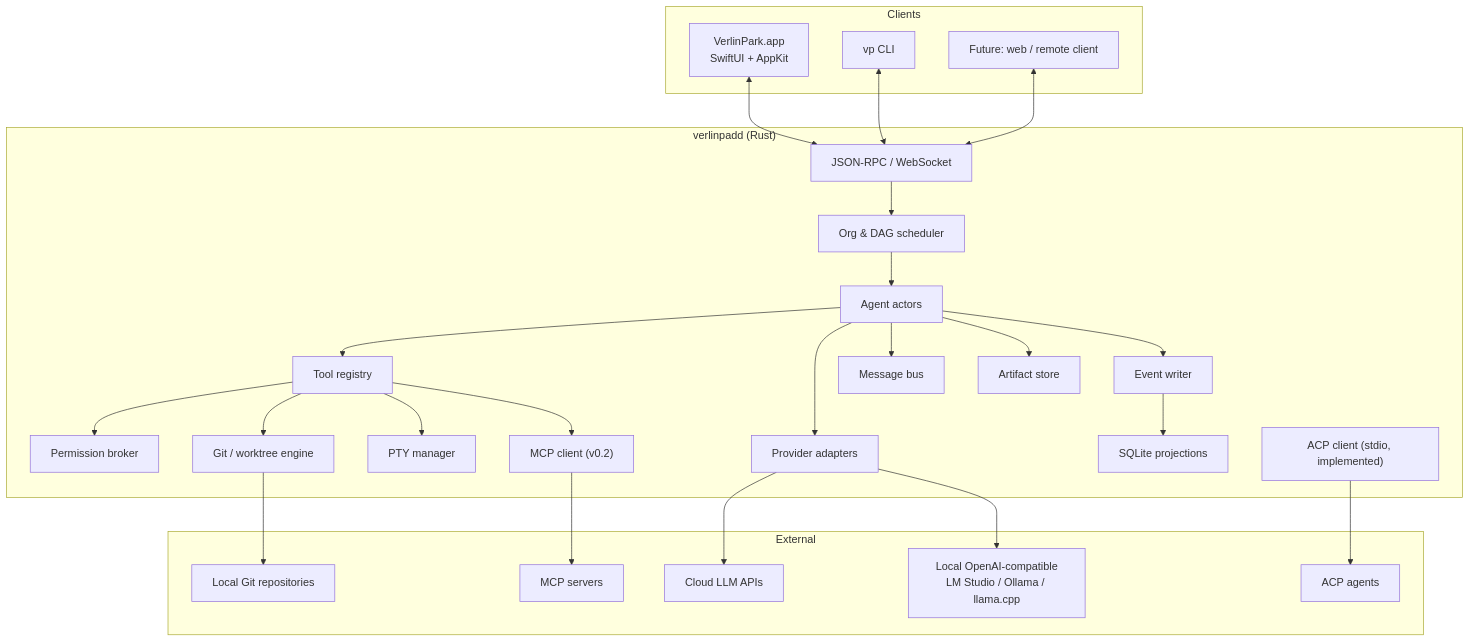
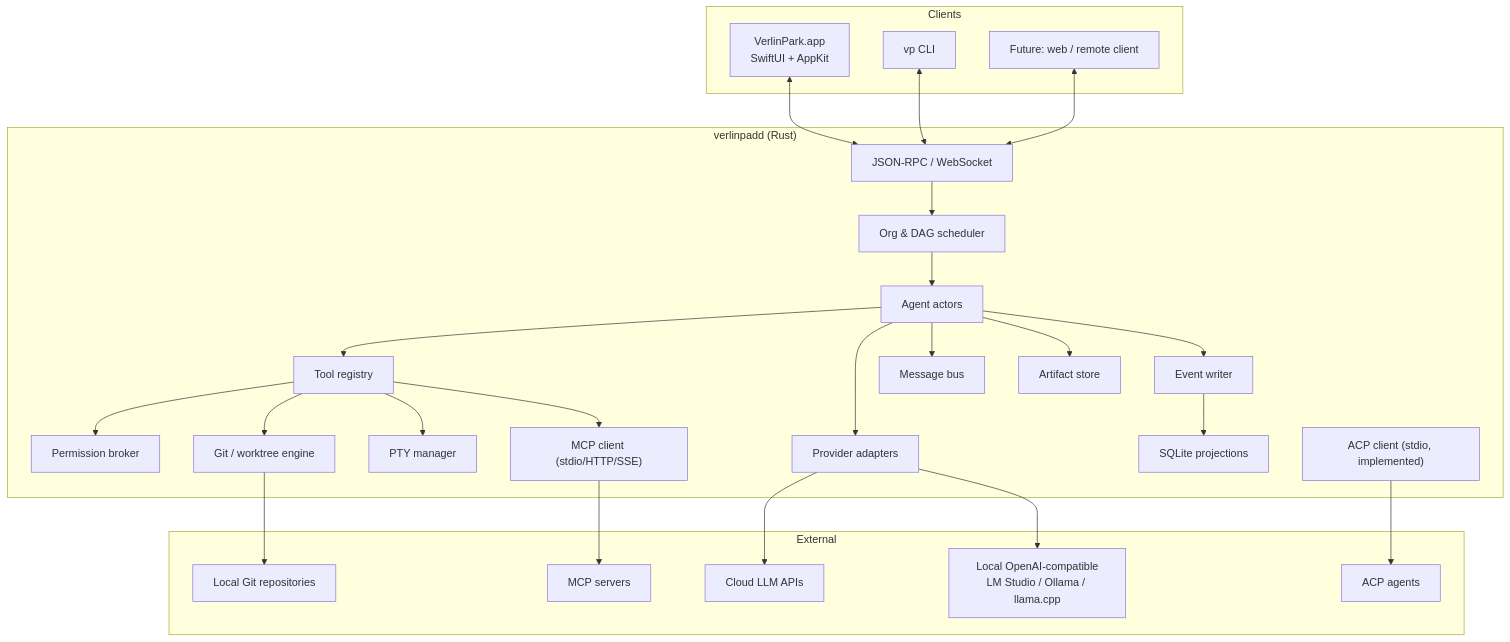
The first of 3 diagrams in docs/ARCHITECTURE.md (Verlintas/VerlinPark), drawn with Mermaid before and after one commit. The commit also changed other lines of this file and 28 other files, not shown here.

Commit message:
feat: add MCP HTTP and SSE transports

````diff
--- a/docs/ARCHITECTURE.md
+++ b/docs/ARCHITECTURE.md
@@ -28,54 +28,54 @@
 ```mermaid
 flowchart TB
   subgraph Clients
     APP["VerlinPark.app<br/>SwiftUI + AppKit"]
     CLI["vp CLI"]
     FUTURE["Future: web / remote client"]
   end
 
   subgraph Daemon["verlinpadd (Rust)"]
     RPC["JSON-RPC / WebSocket"]
     SCHED["Org & DAG scheduler"]
     AGENTS["Agent actors"]
     TOOLS["Tool registry"]
     PERM["Permission broker"]
     PROV["Provider adapters"]
     MSG["Message bus"]
     ART["Artifact store"]
     EVENTS["Event writer"]
     SQL["SQLite projections"]
     GIT["Git / worktree engine"]
     PTY["PTY manager"]
-    MCP["MCP client (v0.2)"]
+    MCP["MCP client (stdio/HTTP/SSE)"]
     ACP["ACP client (stdio, implemented)"]
   end
 
   subgraph External
     CLOUD["Cloud LLM APIs"]
     LOCAL["Local OpenAI-compatible<br/>LM Studio / Ollama / llama.cpp"]
     MCPS["MCP servers"]
     ACPS["ACP agents"]
     REPO["Local Git repositories"]
   end
 
   APP <--> RPC
   CLI <--> RPC
   FUTURE <--> RPC
   RPC --> SCHED
   SCHED --> AGENTS
   AGENTS --> TOOLS
   AGENTS --> PROV
   AGENTS --> MSG
   TOOLS --> PERM
   TOOLS --> GIT
   TOOLS --> PTY
   TOOLS --> MCP
   PROV --> CLOUD
   PROV --> LOCAL
   AGENTS --> ART
   AGENTS --> EVENTS
   EVENTS --> SQL
   GIT --> REPO
   MCP --> MCPS
   ACP --> ACPS
 ```
````
